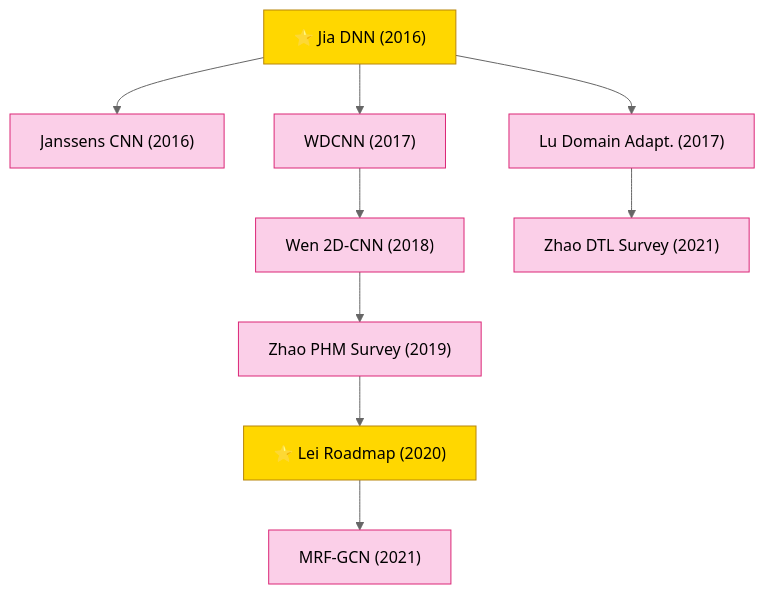
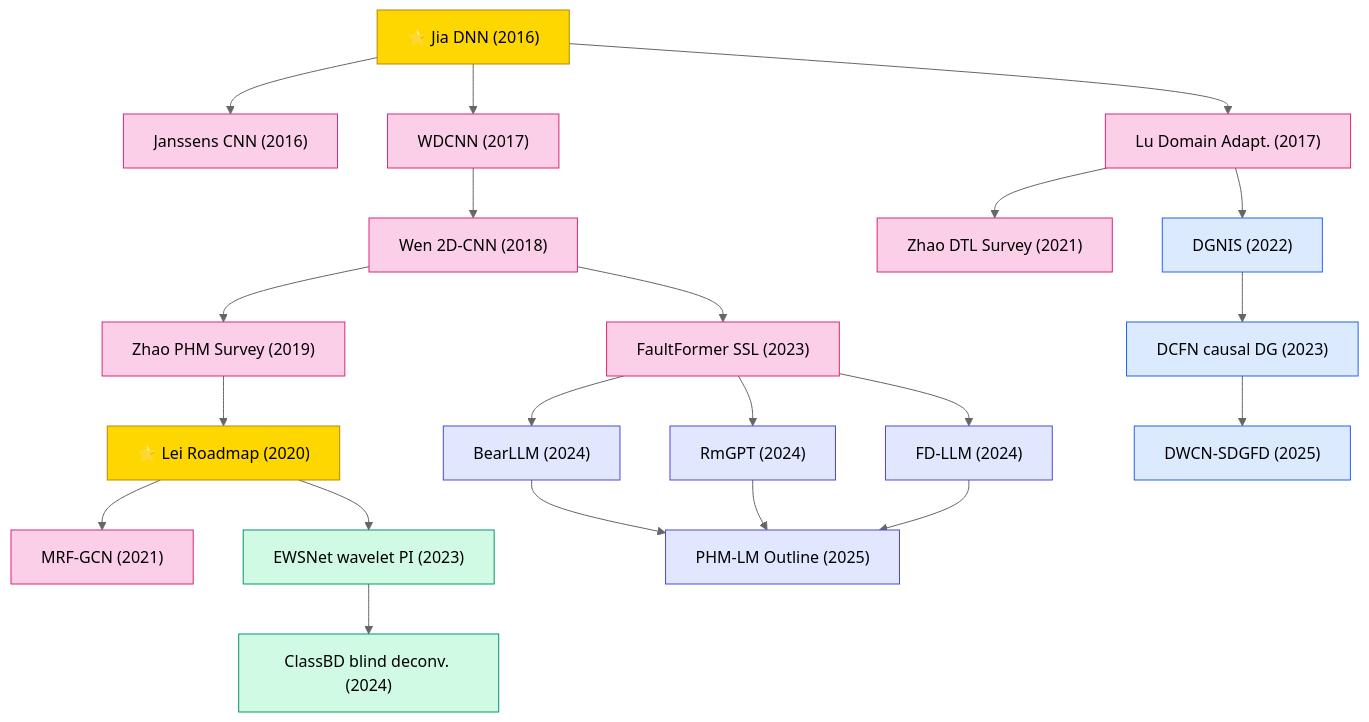
Before and after one commit to zerenzhou/Awesome-Machine-Learning-Papers: the diagram in domains/signal-processing/mechanical-fault-diagnosis/README.md, drawn with Mermaid (neutral theme). The commit also changed other lines of this file and 4 other files, not shown here.

````diff
--- a/domains/signal-processing/mechanical-fault-diagnosis/README.md
+++ b/domains/signal-processing/mechanical-fault-diagnosis/README.md
@@ -7,14 +7,35 @@
 ```mermaid
 graph TD
     classDef mech fill:#FBCFE8,stroke:#DB2777
+    classDef phys fill:#D1FAE5,stroke:#059669
+    classDef dg fill:#DBEAFE,stroke:#2563EB
+    classDef fm fill:#E0E7FF,stroke:#4F46E5
     classDef star fill:#FFD700,stroke:#B8860B
 
     JiaDNN["⭐ Jia DNN (2016)"]:::star --> Janssens["Janssens CNN (2016)"]:::mech
     JiaDNN --> WDCNN["WDCNN (2017)"]:::mech
     JiaDNN --> LuDA["Lu Domain Adapt. (2017)"]:::mech
     WDCNN --> WenCNN["Wen 2D-CNN (2018)"]:::mech
     WenCNN --> ZhaoPHM["Zhao PHM Survey (2019)"]:::mech
     ZhaoPHM --> LeiRoadmap["⭐ Lei Roadmap (2020)"]:::star
     LuDA --> ZhaoDTL["Zhao DTL Survey (2021)"]:::mech
     LeiRoadmap --> MRFGCN["MRF-GCN (2021)"]:::mech
+
+    %% Domain Generalization branch
+    LuDA --> DGNIS["DGNIS (2022)"]:::dg
+    DGNIS --> DCFN["DCFN causal DG (2023)"]:::dg
+    DCFN --> DWCN["DWCN-SDGFD (2025)"]:::dg
+
+    %% Physics-Informed branch
+    LeiRoadmap --> EWSNet["EWSNet wavelet PI (2023)"]:::phys
+    EWSNet --> ClassBD["ClassBD blind deconv. (2024)"]:::phys
+
+    %% Self-Supervised / Transformer → Foundation Model branch
+    WenCNN --> FaultFormer["FaultFormer SSL (2023)"]:::mech
+    FaultFormer --> BearLLM["BearLLM (2024)"]:::fm
+    FaultFormer --> RmGPT["RmGPT (2024)"]:::fm
+    FaultFormer --> FDLLM["FD-LLM (2024)"]:::fm
+    BearLLM --> PHMLM["PHM-LM Outline (2025)"]:::fm
+    RmGPT --> PHMLM
+    FDLLM --> PHMLM
 ```
````
